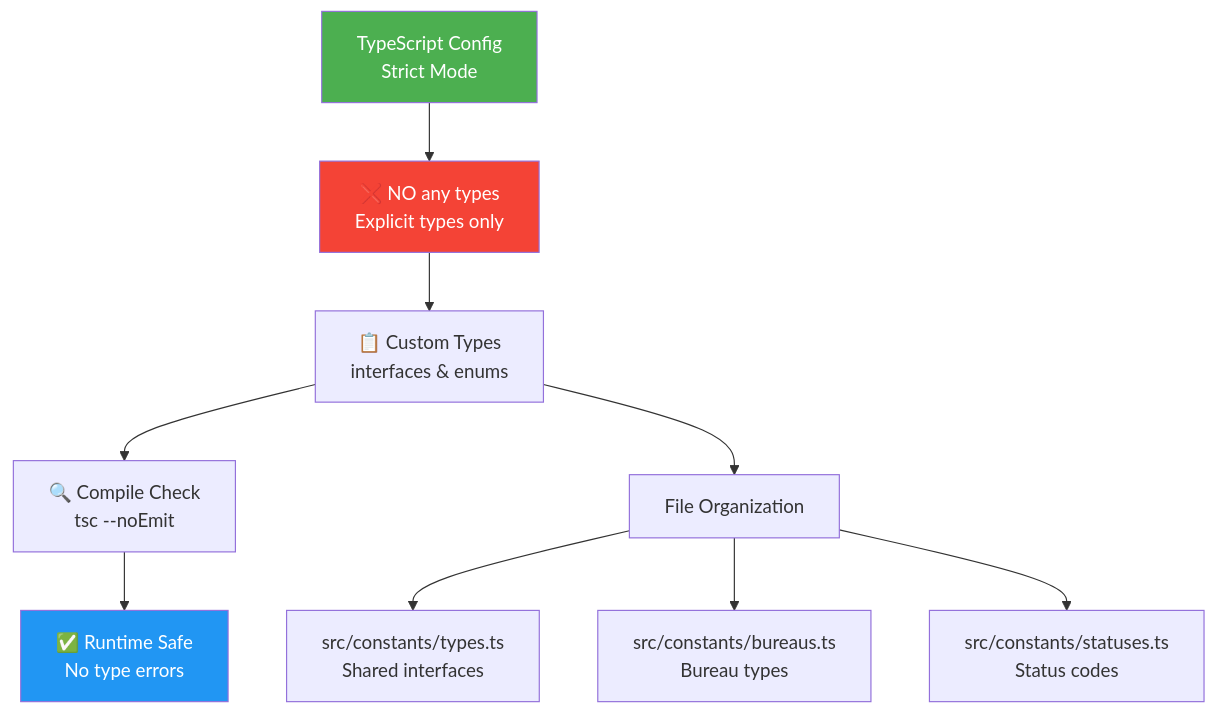
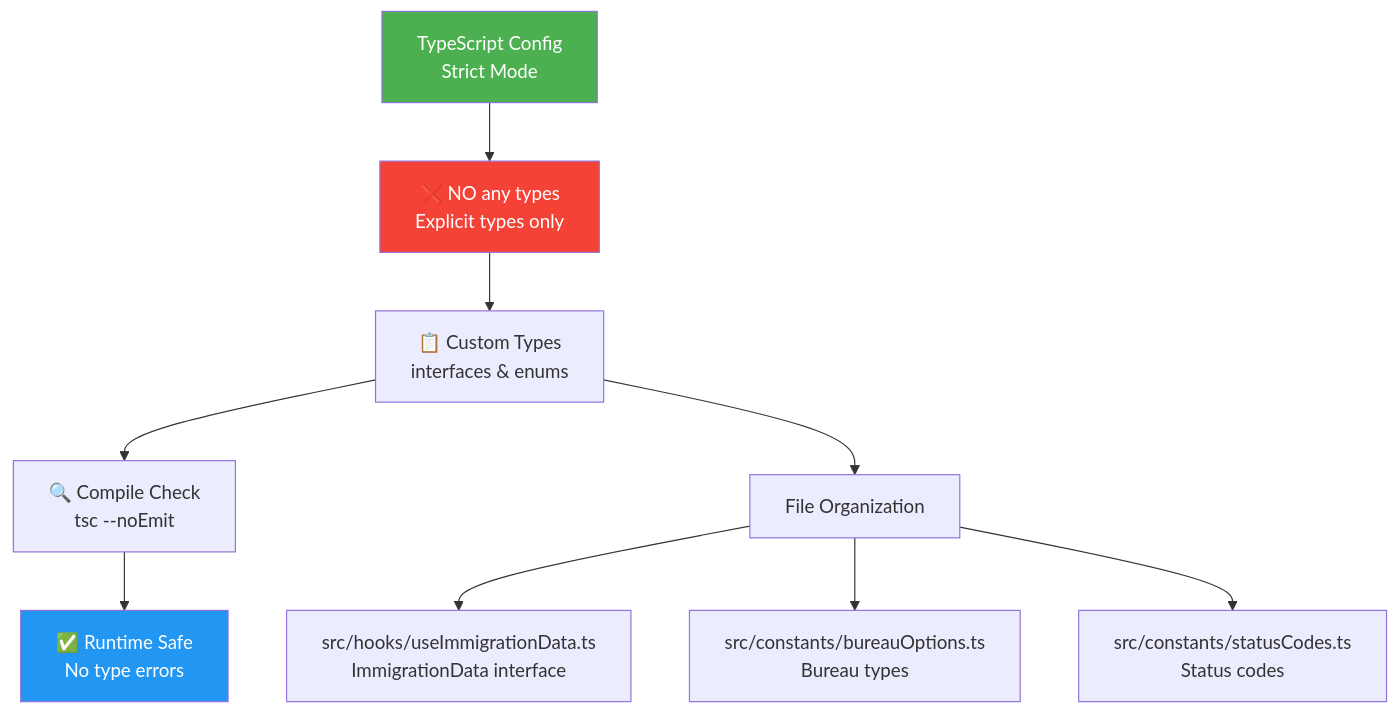
One commit to RetroHazard/JP_Immigration_Dashboard changed diagram 13 of 16 in ARCHITECTURE.md. Above: the diagram before and after it, drawn with Mermaid. The commit also changed other lines of this file and 239 other files, not shown here.

````diff
--- a/ARCHITECTURE.md
+++ b/ARCHITECTURE.md
@@ -494,22 +530,22 @@
 ```mermaid
 graph TD
     TSCONFIG["TypeScript Config<br/>Strict Mode"]
     NOANY["❌ NO any types<br/>Explicit types only"]
     TYPES["📋 Custom Types<br/>interfaces & enums"]
     COMPILE["🔍 Compile Check<br/>tsc --noEmit"]
     RUNTIME["✅ Runtime Safe<br/>No type errors"]
     
     TSCONFIG --> NOANY
     NOANY --> TYPES
     TYPES --> COMPILE
     COMPILE --> RUNTIME
     
     TYPES --> TYPEFILES["File Organization"]
-    TYPEFILES --> TF1["src/constants/types.ts<br/>Shared interfaces"]
-    TYPEFILES --> TF2["src/constants/bureaus.ts<br/>Bureau types"]
-    TYPEFILES --> TF3["src/constants/statuses.ts<br/>Status codes"]
+    TYPEFILES --> TF1["src/hooks/useImmigrationData.ts<br/>ImmigrationData interface"]
+    TYPEFILES --> TF2["src/constants/bureauOptions.ts<br/>Bureau types"]
+    TYPEFILES --> TF3["src/constants/statusCodes.ts<br/>Status codes"]
     
     style TSCONFIG fill:#4CAF50,color:#fff
     style NOANY fill:#F44336,color:#fff
     style RUNTIME fill:#2196F3,color:#fff
 ```
````
